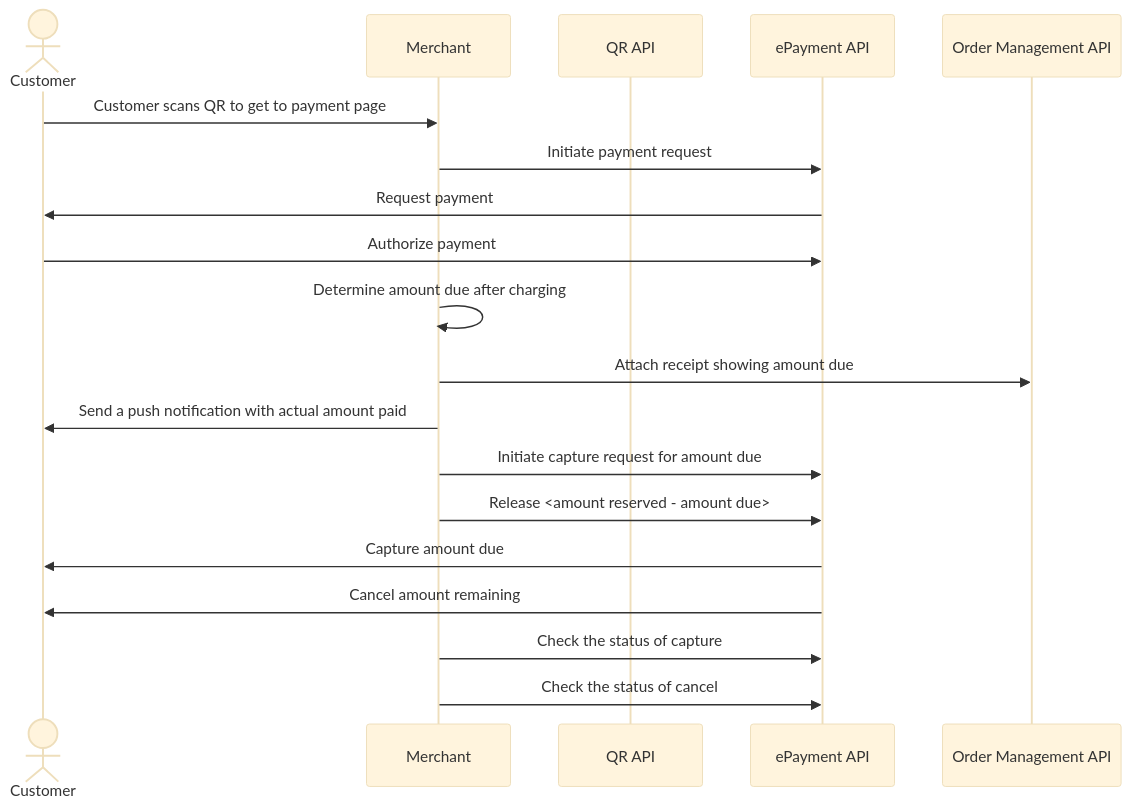
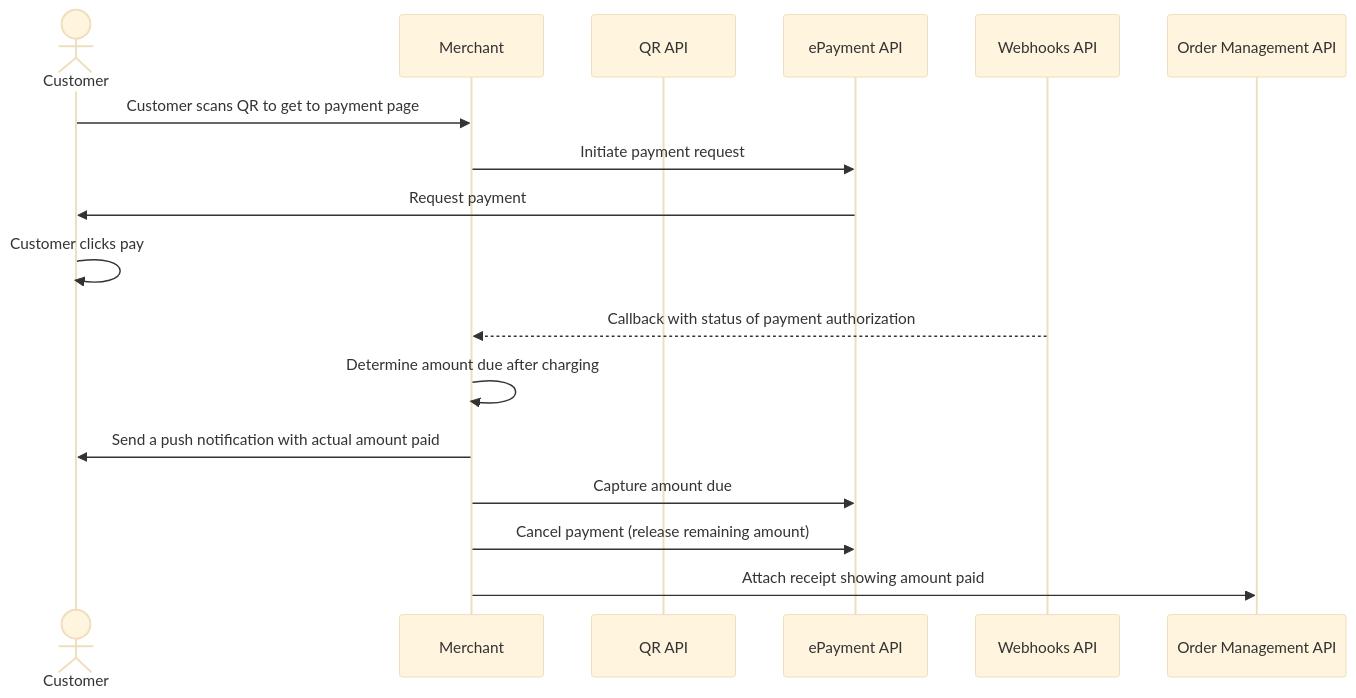
Before and after one commit to vippsas/vipps-solutions: the diagram in ev-charging/README.md, drawn with Mermaid (base theme). The commit also changed other lines of this file and 22 other files, not shown here.

First line of the commit message:
Provide unique examples. Add receipt in payment request when possible. (#86)

````diff
--- a/ev-charging/README.md
+++ b/ev-charging/README.md
@@ -108,22 +217,20 @@
 ``` mermaid
 sequenceDiagram
     actor C as Customer
     participant M as Merchant
     participant QR as QR API
     participant ePayment as ePayment API
+    participant Webhooks as Webhooks API
     participant ordermanagement as Order Management API
 
     C->>M: Customer scans QR to get to payment page
     M->>ePayment: Initiate payment request
     ePayment->>C: Request payment
-    C->>ePayment: Authorize payment
+    C->>C: Customer clicks pay
+    Webhooks-->>M: Callback with status of payment authorization
     M->>M: Determine amount due after charging
-    M->>ordermanagement: Attach receipt showing amount due
     M->>C: Send a push notification with actual amount paid
-    M->>ePayment: Initiate capture request for amount due
-    M->>ePayment: Release <amount reserved - amount due>
-    ePayment->>C: Capture amount due
-    ePayment->>C: Cancel amount remaining
-    M->>ePayment: Check the status of capture
-    M->>ePayment: Check the status of cancel
+    M->>ePayment: Capture amount due
+    M->>ePayment: Cancel payment (release remaining amount)
+    M->>ordermanagement: Attach receipt showing amount paid
 ```
````
